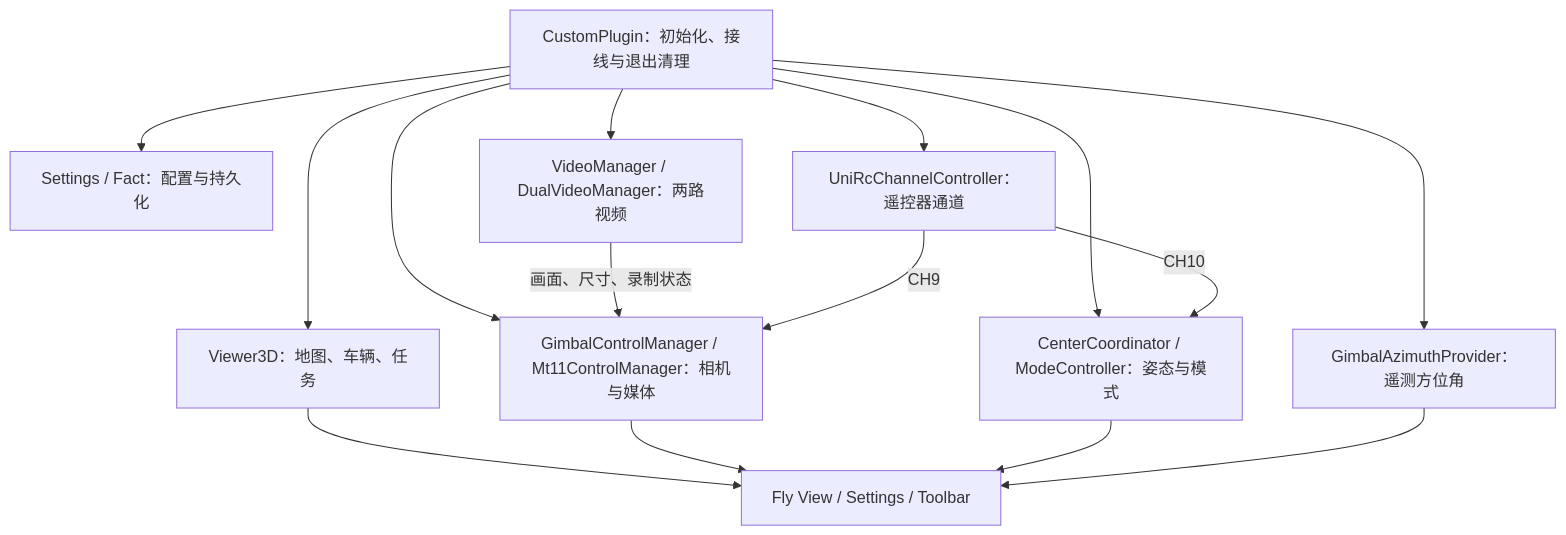
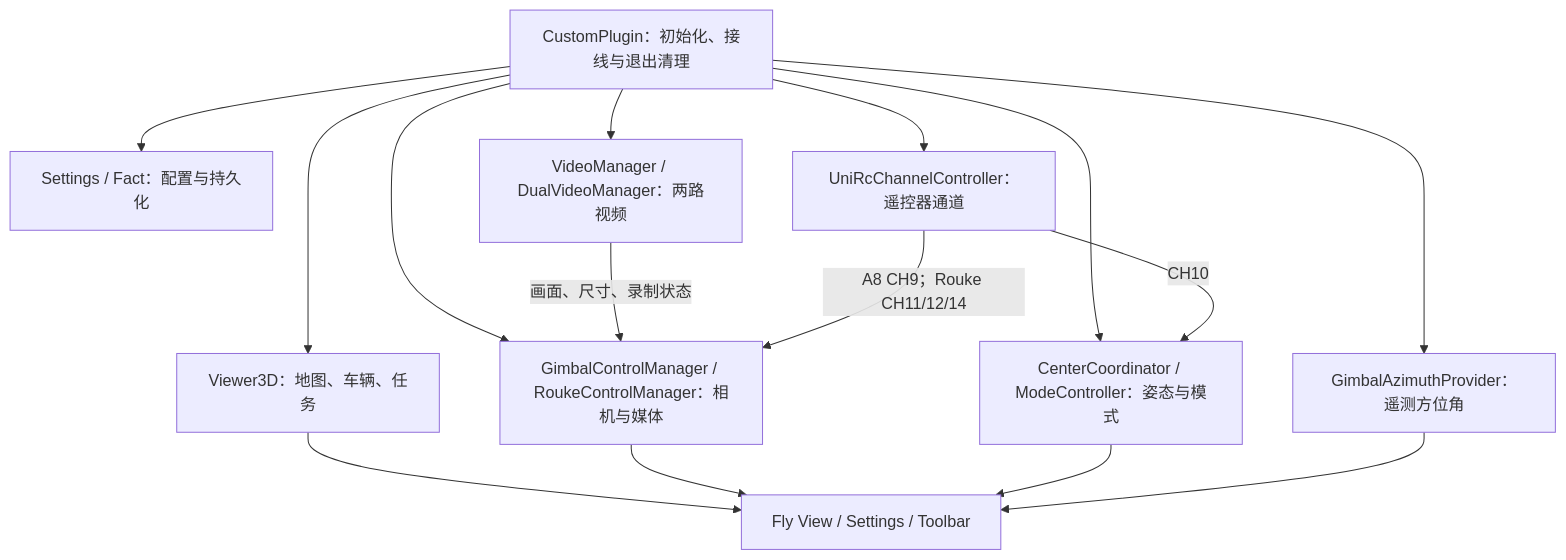
Before and after one commit to Glados07/qgroundcontrol: the first of 4 diagrams in QGC二次开发说明.md, drawn with Mermaid. The commit also changed other lines of this file and 44 other files, not shown here.

```diff
--- a/QGC二次开发说明.md
+++ b/QGC二次开发说明.md
@@ -971,27 +1056,27 @@
 ~~~mermaid
 flowchart TB
     Plugin["CustomPlugin：初始化、接线与退出清理"]
     Settings["Settings / Fact：配置与持久化"]
     Scene["Viewer3D：地图、车辆、任务"]
     Video["VideoManager / DualVideoManager：两路视频"]
-    Camera["GimbalControlManager / Mt11ControlManager：相机与媒体"]
+    Camera["GimbalControlManager / RoukeControlManager：相机与媒体"]
     Posture["CenterCoordinator / ModeController：姿态与模式"]
     Rc["UniRcChannelController：遥控器通道"]
     Azimuth["GimbalAzimuthProvider：遥测方位角"]
     UI["Fly View / Settings / Toolbar"]
 
     Plugin --> Settings
     Plugin --> Scene
     Plugin --> Video
     Plugin --> Camera
     Plugin --> Posture
     Plugin --> Rc
     Plugin --> Azimuth
     Video -->|"画面、尺寸、录制状态"| Camera
-    Rc -->|"CH9"| Camera
+    Rc -->|"A8 CH9；Rouke CH11/12/14"| Camera
     Rc -->|"CH10"| Posture
     Scene --> UI
     Camera --> UI
     Posture --> UI
     Azimuth --> UI
 ~~~
```
